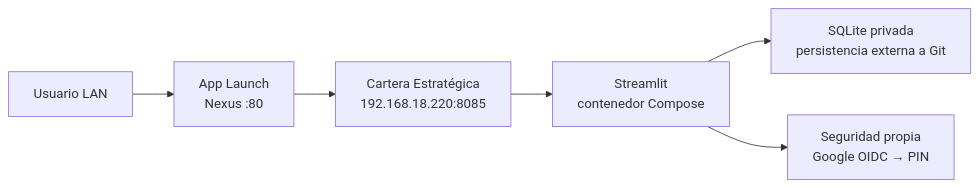
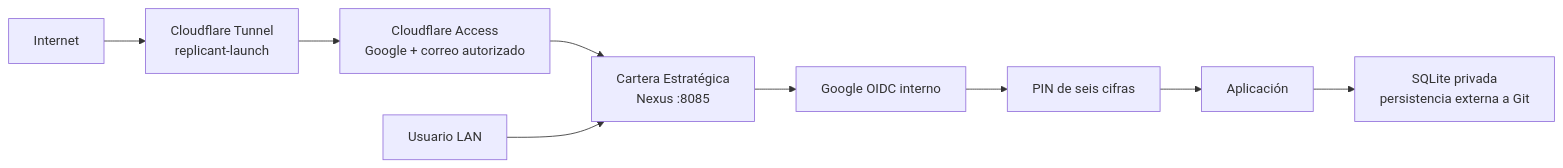
Before and after one commit to ratienza/infra-replicant-lab: the first of 2 diagrams in docs/aplicaciones/cartera-estrategica.md, drawn with Mermaid. The commit also changed other lines of this file and 39 other files, not shown here.

````diff
--- a/docs/aplicaciones/cartera-estrategica.md
+++ b/docs/aplicaciones/cartera-estrategica.md
@@ -31,8 +31,11 @@
 ```mermaid
 flowchart LR
-    U["Usuario LAN"] --> AL["App Launch<br/>Nexus :80"]
-    AL --> CE["Cartera Estratégica<br/>192.168.18.220:8085"]
-    CE --> ST["Streamlit<br/>contenedor Compose"]
-    ST --> DB["SQLite privada<br/>persistencia externa a Git"]
-    ST --> SEC["Seguridad propia<br/>Google OIDC → PIN"]
+    I["Internet"] --> T["Cloudflare Tunnel<br/>replicant-launch"]
+    T --> A["Cloudflare Access<br/>Google + correo autorizado"]
+    A --> CE["Cartera Estratégica<br/>Nexus :8085"]
+    CE --> O["Google OIDC interno"]
+    O --> P["PIN de seis cifras"]
+    P --> APP["Aplicación"]
+    APP --> DB["SQLite privada<br/>persistencia externa a Git"]
+    L["Usuario LAN"] --> CE
 ```
````
